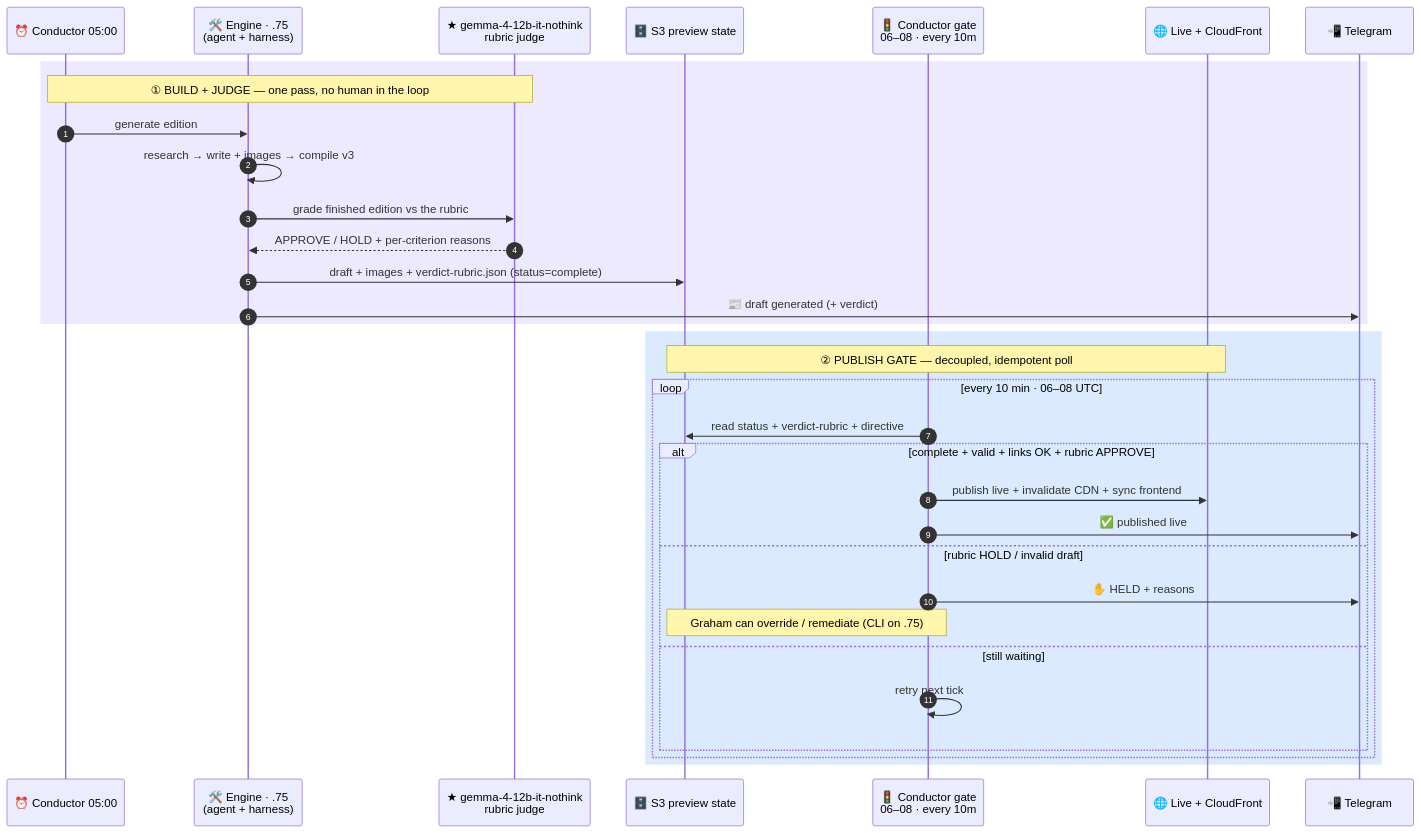
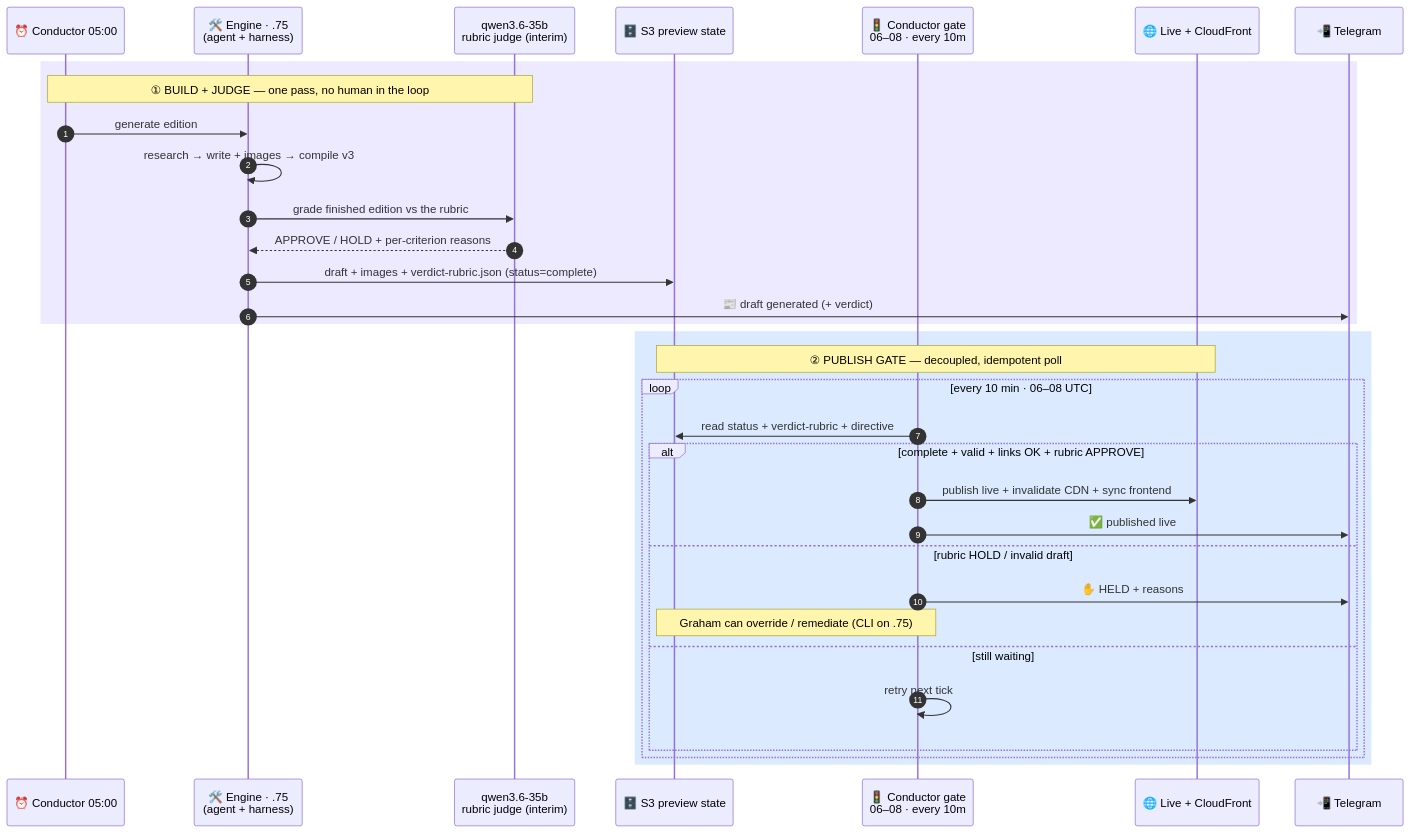
The second of 2 diagrams in README.md (allthingsclowd/craicgpt.ie), drawn with Mermaid before and after one commit. The commit also changed other lines of this file and 5 other files, not shown here.

First line of the commit message:
docs: reflect rubric judge revert to qwen3.6-35b (interim)

````diff
--- a/README.md
+++ b/README.md
@@ -156,37 +158,37 @@
 ```mermaid
 sequenceDiagram
     autonumber
     participant T1 as ⏰ Conductor 05:00
     participant E as 🛠️ Engine · .75<br/>(agent + harness)
-    participant G as ★ gemma-4-12b-it-nothink<br/>rubric judge
+    participant G as qwen3.6-35b<br/>rubric judge (interim)
     participant S as 🗄️ S3 preview state
     participant T2 as 🚦 Conductor gate<br/>06–08 · every 10m
     participant L as 🌐 Live + CloudFront
     participant TG as 📲 Telegram
 
     rect rgb(237, 233, 254)
     Note over T1,G: ① BUILD + JUDGE — one pass, no human in the loop
     T1->>E: generate edition
     E->>E: research → write + images → compile v3
     E->>G: grade finished edition vs the rubric
     G-->>E: APPROVE / HOLD + per-criterion reasons
     E->>S: draft + images + verdict-rubric.json (status=complete)
     E->>TG: 📰 draft generated (+ verdict)
     end
 
     rect rgb(219, 234, 254)
     Note over S,L: ② PUBLISH GATE — decoupled, idempotent poll
     loop every 10 min · 06–08 UTC
         T2->>S: read status + verdict-rubric + directive
         alt complete + valid + links OK + rubric APPROVE
             T2->>L: publish live + invalidate CDN + sync frontend
             T2->>TG: ✅ published live
         else rubric HOLD / invalid draft
             T2->>TG: ✋ HELD + reasons
             Note over T2,S: Graham can override / remediate (CLI on .75)
         else still waiting
             T2->>T2: retry next tick
         end
     end
     end
 ```
````
